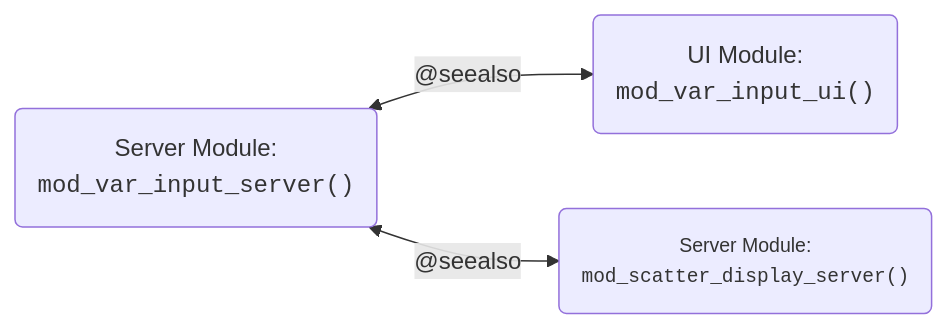
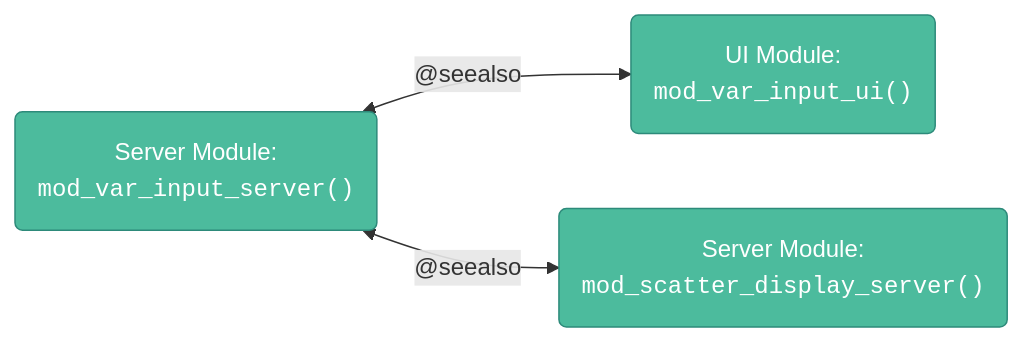
One commit to mjfrigaard/shiny-app-pkgs changed the third of 5 diagrams in document.qmd. Above: the diagram before and after it, drawn with Mermaid. The commit also changed other lines of this file, not shown here.

First line of the commit message:
Style all 5 mermaid diagrams in document.qmd with teal palette

````diff
--- a/document.qmd
+++ b/document.qmd
@@ -687,14 +691,16 @@
 ```{mermaid}
 %%| fig-cap: ‘The `@seealso` tag’
 %%| fig-align: center
 %%{init: {‘theme’: ‘neutral’, ‘themeVariables’: { ‘fontFamily’: ‘monospace’, "fontSize":"13px"}}}%%
 flowchart LR
     mod_var_input_ui("UI Module:<br><code>mod_var_input_ui()</code>")
     mod_var_input_server("Server Module:<br><code>mod_var_input_server()</code>")
     mod_scatter_display_server("Server Module:<br><code>mod_scatter_display_server()</code>")
 
     mod_var_input_server <-->|"@seealso"|mod_var_input_ui
     mod_var_input_server <-->|"@seealso"|mod_scatter_display_server
 
-    style mod_scatter_display_server font-size:13px
+    style mod_var_input_ui fill:#4CBB9D,color:#fff,stroke:#2d8a7a,stroke-width:1px
+    style mod_var_input_server fill:#4CBB9D,color:#fff,stroke:#2d8a7a,stroke-width:1px
+    style mod_scatter_display_server fill:#4CBB9D,color:#fff,stroke:#2d8a7a,stroke-width:1px
 ```
````
